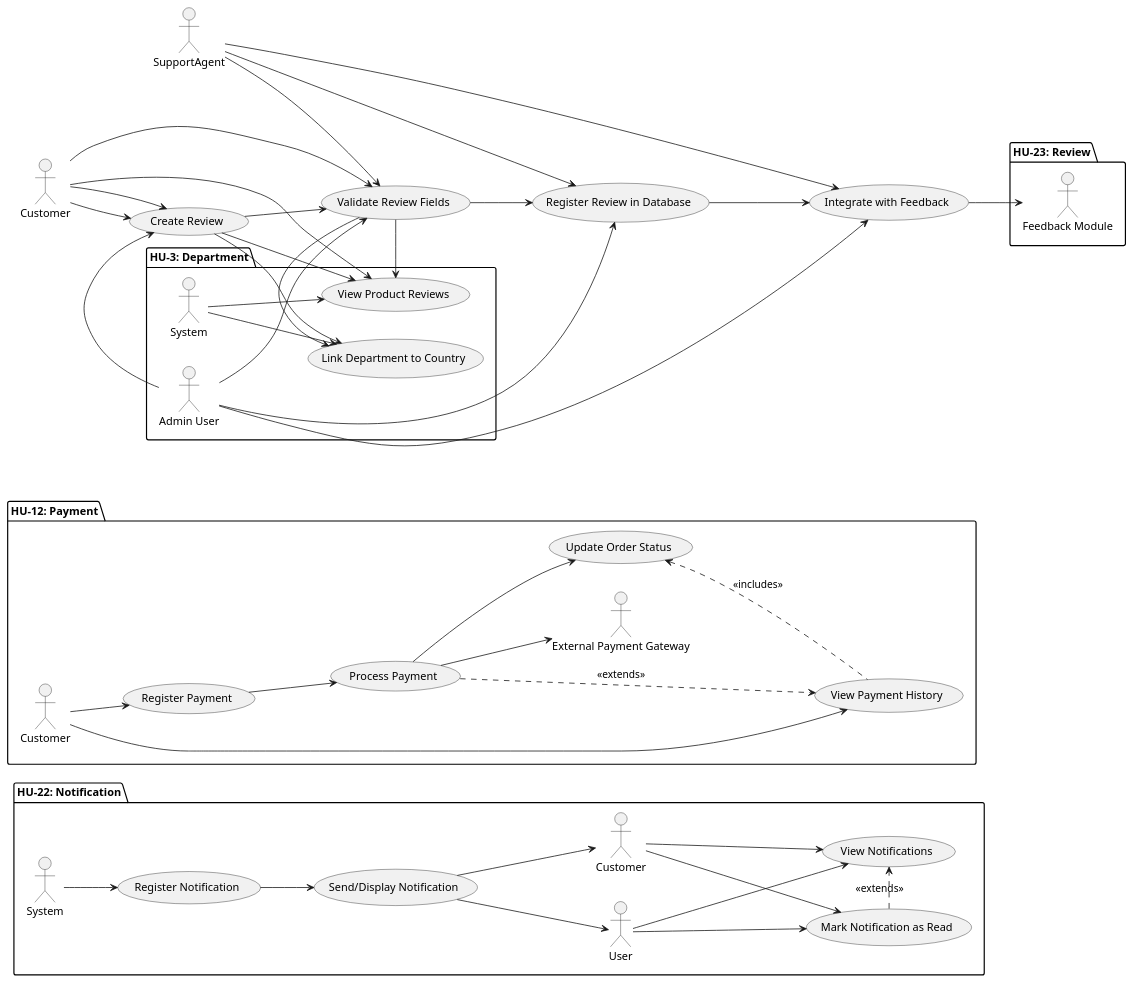
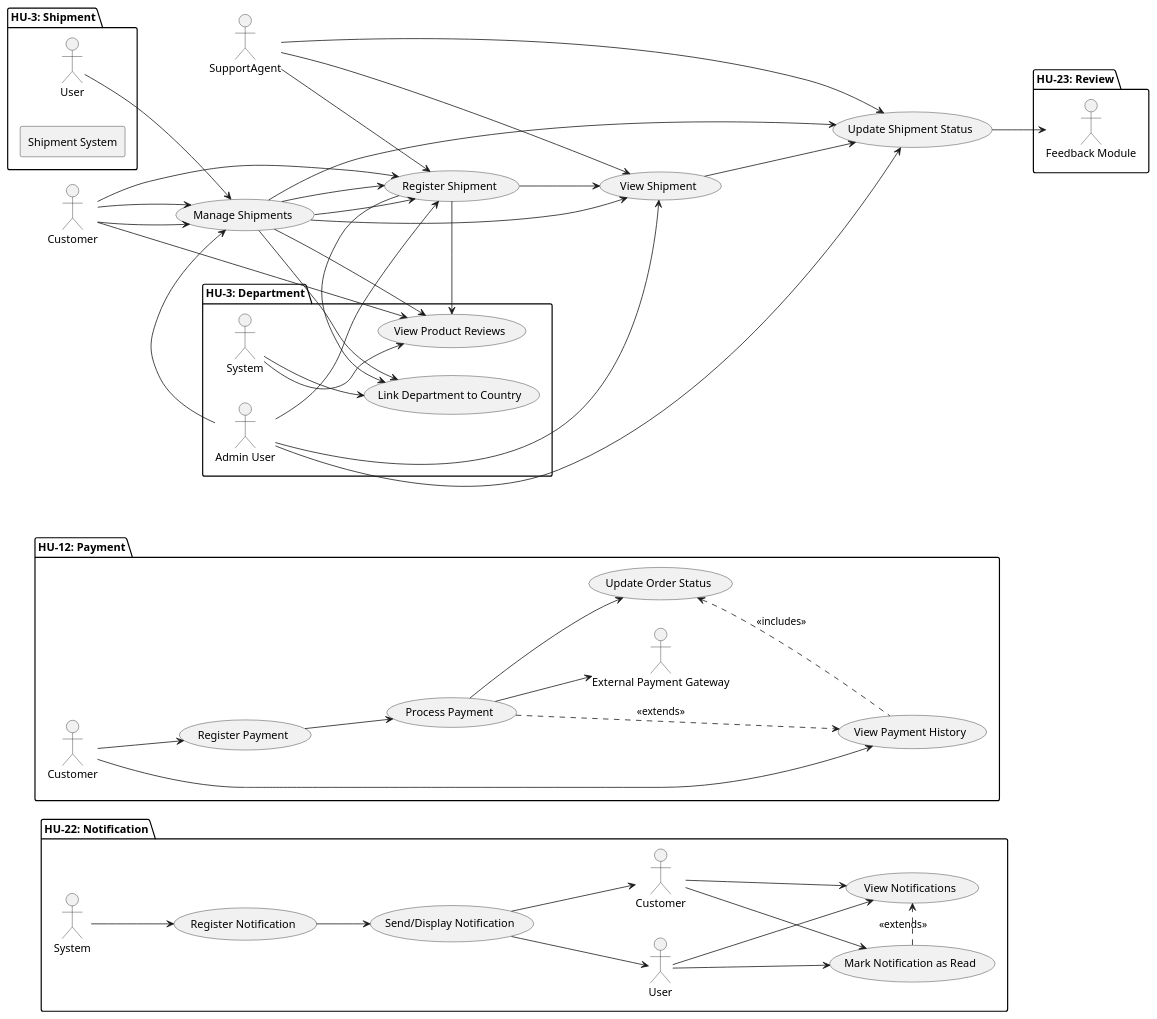
Before and after one commit to code-sena/laboratory-2899747: the diagram in document/architecture/usecase.wsd, drawn with PlantUML. The commit also changed 1 other file, not shown here.

Commit message:
feat(shipment): add use case and UML diagram in English, fix SQL table definition.

```diff
--- a/document/architecture/usecase.wsd
+++ b/document/architecture/usecase.wsd
@@ -1,120 +1,136 @@
 @startuml
 actor Customer
 actor SupportAgent
 
 usecase "Register Support Ticket" as UC1
 usecase "View Support Ticket" as UC2
 usecase "Update Support Ticket" as UC3
 usecase "Close Support Ticket" as UC4
 
 Customer --> UC1
 Customer --> UC2
 SupportAgent --> UC2
 SupportAgent --> UC3
 SupportAgent --> UC4
-  left to right direction
+left to right direction
 
-  package "HU-3: Department" {
+package "HU-3: Department" {
 
-    'Actors
-    actor "Admin User" as Admin
-    actor "System" as System
+  'Actors
+  actor "Admin User" as Admin
+  actor "System" as System
 
-    'Use Cases
-    usecase "Register Department" as UC1
-    usecase "Update Department" as UC2
-    usecase "Deactivate Department" as UC3
-    usecase "View Departments" as UC4
-    usecase "Validate Uniqueness & Format" as UC5
-    usecase "Link Department to Country" as UC6
+  'Use Cases
+  usecase "Register Department" as UC1
+  usecase "Update Department" as UC2
+  usecase "Deactivate Department" as UC3
+  usecase "View Departments" as UC4
+  usecase "Validate Uniqueness & Format" as UC5
+  usecase "Link Department to Country" as UC6
 
-    'Relationships
-    Admin --> UC1
-    Admin --> UC2
-    Admin --> UC3
-    Admin --> UC4
+  'Relationships
+  Admin --> UC1
+  Admin --> UC2
+  Admin --> UC3
+  Admin --> UC4
 
-    UC1 --> UC5
-    UC1 --> UC6
+  UC1 --> UC5
+  UC1 --> UC6
 
-    UC2 --> UC5
-    UC2 --> UC6
+  UC2 --> UC5
+  UC2 --> UC6
 
-    System --> UC5
-    System --> UC6
-  }
-  
-  package "HU-22: Notification" {
+  System --> UC5
+  System --> UC6
+}
 
-    'Actors'
-    actor "System" as SystemN
-    actor "User" as UserN
-    actor "Customer" as CustomerN
+package "HU-22: Notification" {
 
-    'Use Cases'
-    usecase "Register Notification" as UCN1
-    usecase "Send/Display Notification" as UCN2
-    usecase "Mark Notification as Read" as UCN3
-    usecase "View Notifications" as UCN4
+  'Actors'
+  actor "System" as SystemN
+  actor "User" as UserN
+  actor "Customer" as CustomerN
 
-    'Relationships'
-    SystemN --> UCN1
-    UCN1 --> UCN2
-    UCN2 --> UserN
-    UCN2 --> CustomerN
+  'Use Cases'
+  usecase "Register Notification" as UCN1
+  usecase "Send/Display Notification" as UCN2
+  usecase "Mark Notification as Read" as UCN3
+  usecase "View Notifications" as UCN4
 
-    UserN --> UCN3
-    CustomerN --> UCN3
+  'Relationships'
+  SystemN --> UCN1
+  UCN1 --> UCN2
+  UCN2 --> UserN
+  UCN2 --> CustomerN
 
-    UserN --> UCN4
-    CustomerN --> UCN4
+  UserN --> UCN3
+  CustomerN --> UCN3
 
-    UCN3 .> UCN4 : <<extends>>
+  UserN --> UCN4
+  CustomerN --> UCN4
+
+  UCN3 .> UCN4 : <<extends>>
+}
+
+package "HU-12: Payment" {
+
+  'Actors'
+  actor "Customer" as CustomerP
+  actor "External Payment Gateway" as PaymentGatewayP
+
+  'Use Cases'
+  usecase "Register Payment" as UCP1
+  usecase "Process Payment" as UCP2
+  usecase "Update Order Status" as UCP3
+  usecase "View Payment History" as UCP4
+
+  'Relationships'
+  CustomerP --> UCP1
+  CustomerP --> UCP4
+
+  UCP1 --> UCP2
+  UCP2 --> PaymentGatewayP
+  UCP2 .> UCP4 : <<extends>>
+  UCP3 <.. UCP4 : <<includes>>
+
+  UCP2 --> UCP3
+}
+
+package "HU-23: Review" {
+
+  'Actors'
+  actor "Customer" as Customer
+  actor "Feedback Module" as FeedbackModule
+
+  'Use Cases'
+  usecase "Create Review" as UC1
+  usecase "Validate Review Fields" as UC2
+  usecase "Register Review in Database" as UC3
+  usecase "Integrate with Feedback" as UC4
+  usecase "View Product Reviews" as UC5
+
+  'Relationships'
+  Customer --> UC1
+  UC1 --> UC2
+  UC2 --> UC3
+  UC3 --> UC4
+  UC4 --> FeedbackModule
+  Customer --> UC5
+}
+
+package "HU-3: Shipment" {
+  actor User as user
+
+  rectangle "Shipment System" {
+    usecase "Manage Shipments" as UC1
+    usecase "Register Shipment" as UC2
+    usecase "View Shipment" as UC3
+    usecase "Update Shipment Status" as UC4
   }
 
-  package "HU-12: Payment" {
-
-    'Actors'
-    actor "Customer" as CustomerP
-    actor "External Payment Gateway" as PaymentGatewayP
-
-    'Use Cases'
-    usecase "Register Payment" as UCP1
-    usecase "Process Payment" as UCP2
-    usecase "Update Order Status" as UCP3
-    usecase "View Payment History" as UCP4
-
-    'Relationships'
-    CustomerP --> UCP1
-    CustomerP --> UCP4
-
-    UCP1 --> UCP2
-    UCP2 --> PaymentGatewayP
-    UCP2 .> UCP4 : <<extends>>
-    UCP3 <.. UCP4 : <<includes>>
-
-    UCP2 --> UCP3
-  }
-
-    package "HU-23: Review" {
-
-    'Actors'
-    actor "Customer" as Customer
-    actor "Feedback Module" as FeedbackModule
-
-    'Use Cases'
-    usecase "Create Review" as UC1
-    usecase "Validate Review Fields" as UC2
-    usecase "Register Review in Database" as UC3
-    usecase "Integrate with Feedback" as UC4
-    usecase "View Product Reviews" as UC5
-
-    'Relationships'
-    Customer --> UC1
-    UC1 --> UC2
-    UC2 --> UC3
-    UC3 --> UC4
-    UC4 --> FeedbackModule
-    Customer --> UC5
-  }
+  user --> UC1
+  UC1 --> UC2
+  UC1 --> UC3
+  UC1 --> UC4
+}
 @enduml
```
